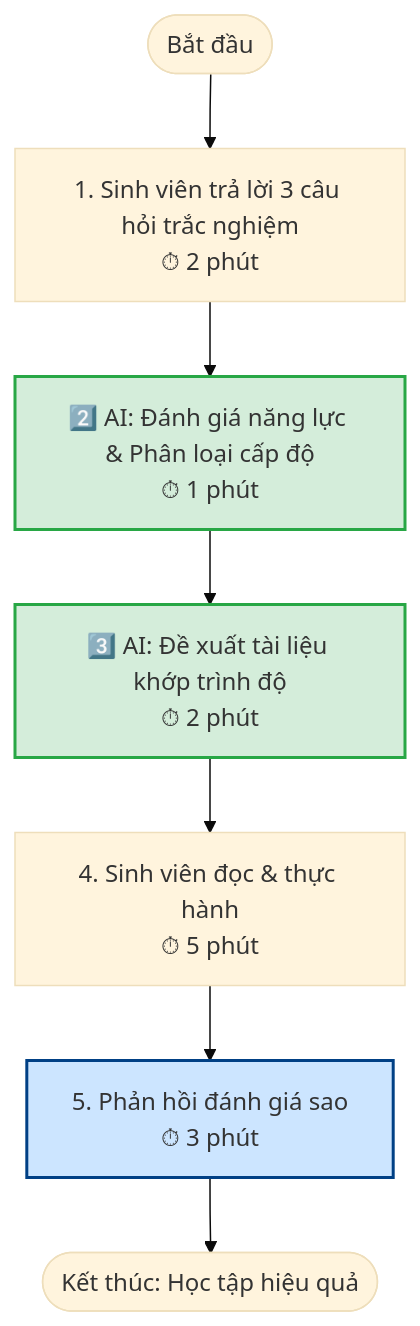
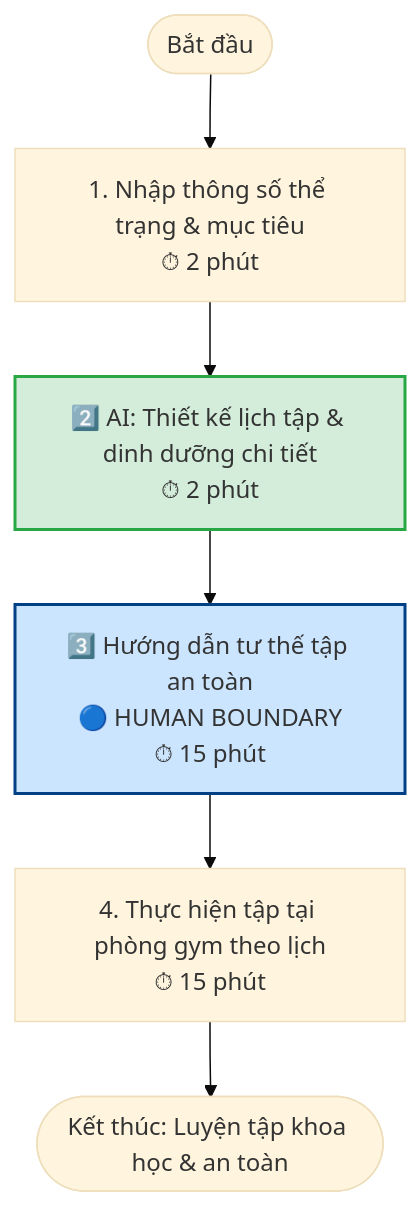
One commit to hoanganhnth/Day02-2A202600631-PhamHoangAnh changed the eighth of 8 diagrams in 01-individual-problem-scan/problem-scan.md. Above: the diagram before and after it, drawn with Mermaid (base theme). The commit also changed other lines of this file and 2 other files, not shown here.

````diff
--- a/01-individual-problem-scan/problem-scan.md
+++ b/01-individual-problem-scan/problem-scan.md
@@ -197,13 +206,11 @@
 ```mermaid
 graph TD
-    A([Bắt đầu]) --> B["1. Sinh viên trả lời 3 câu hỏi trắc nghiệm<br/>⏱ 2 phút"]
-    B --> C["2️⃣ AI: Đánh giá năng lực & Phân loại cấp độ<br/>⏱ 1 phút"]
-    C --> D["3️⃣ AI: Đề xuất tài liệu khớp trình độ<br/>⏱ 2 phút"]
-    D --> E["4. Sinh viên đọc & thực hành<br/>⏱ 5 phút"]
-    E --> F["5. Phản hồi đánh giá sao<br/>⏱ 3 phút"]
-    F --> G([Kết thúc: Học tập hiệu quả])
+    A([Bắt đầu]) --> B["1. Nhập thông số thể trạng & mục tiêu<br/>⏱ 2 phút"]
+    B --> C["2️⃣ AI: Thiết kế lịch tập & dinh dưỡng chi tiết<br/>⏱ 2 phút"]
+    C --> D["3️⃣ Hướng dẫn tư thế tập an toàn<br/>🔵 HUMAN BOUNDARY<br/>⏱ 15 phút"]
+    D --> E["4. Thực hiện tập tại phòng gym theo lịch<br/>⏱ 15 phút"]
+    E --> F([Kết thúc: Luyện tập khoa học & an toàn])
 
     style C fill:#d4edda,stroke:#28a745,stroke-width:2px
-    style D fill:#d4edda,stroke:#28a745,stroke-width:2px
-    style F fill:#cce5ff,stroke:#004085,stroke-width:2px
+    style D fill:#cce5ff,stroke:#004085,stroke-width:2px
 ```
````
